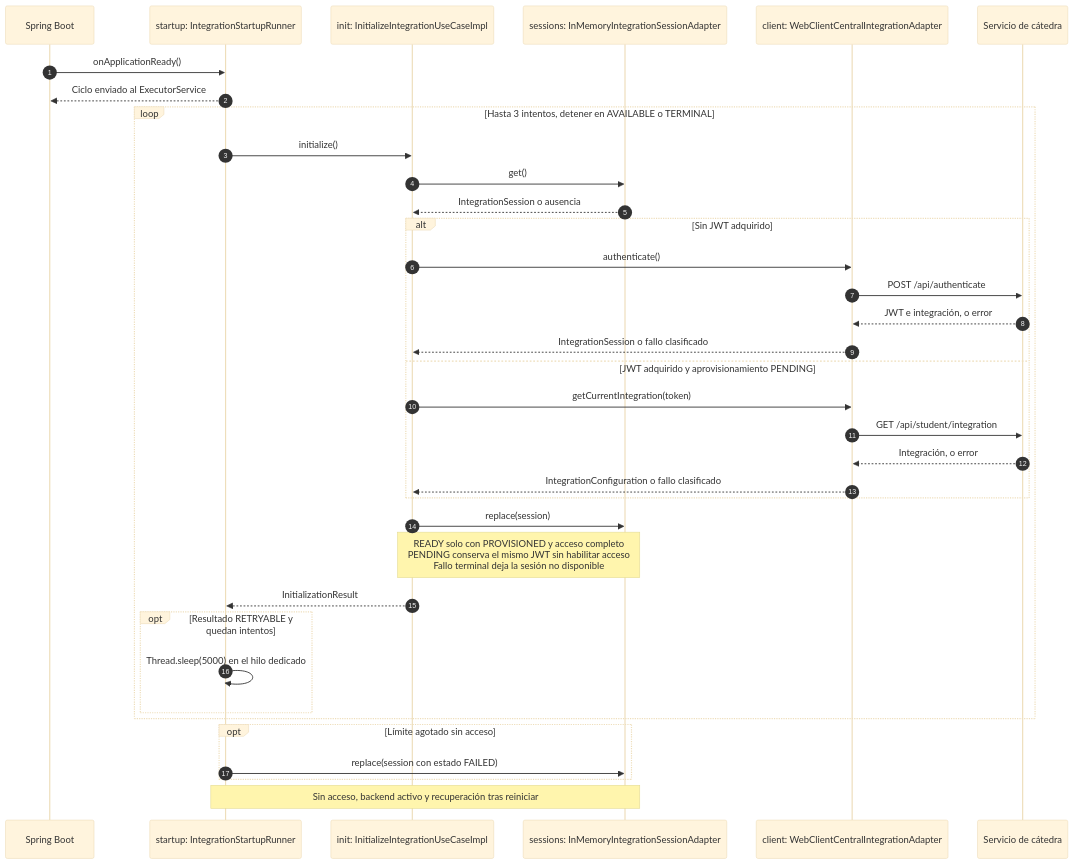
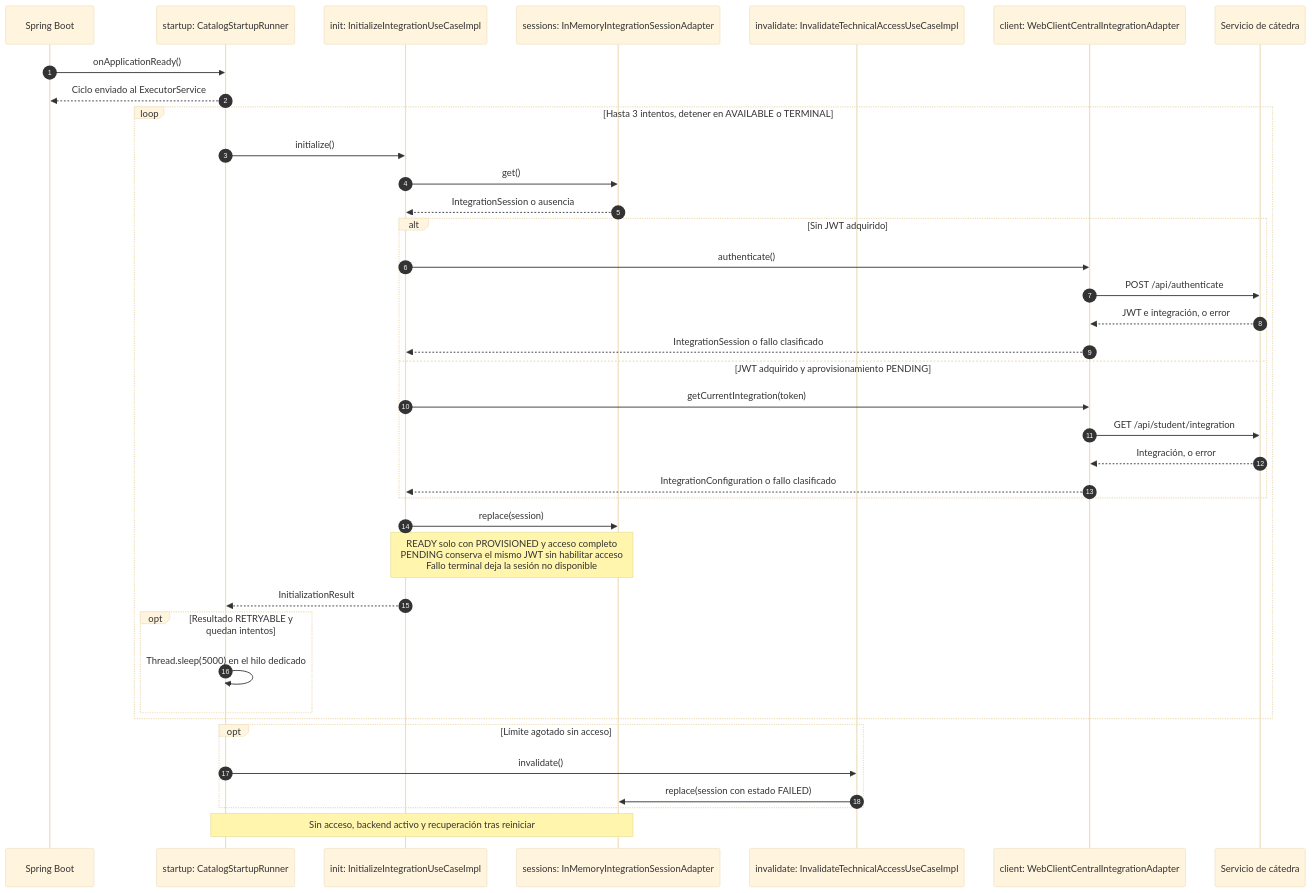
The second of 2 diagrams in docs/features/integracion-tecnica/PLAN.md (prog2-perassiferrara/backend-catalogo), drawn with Mermaid (base theme) before and after one commit. The commit also changed other lines of this file and 54 other files, not shown here.

````diff
--- a/docs/features/integracion-tecnica/PLAN.md
+++ b/docs/features/integracion-tecnica/PLAN.md
@@ -148,39 +161,41 @@
 ```mermaid
 sequenceDiagram
 autonumber
 participant Spring as Spring Boot
-participant Startup as startup: IntegrationStartupRunner
+participant Startup as startup: CatalogStartupRunner
 participant Init as init: InitializeIntegrationUseCaseImpl
 participant Sessions as sessions: InMemoryIntegrationSessionAdapter
+participant Invalidate as invalidate: InvalidateTechnicalAccessUseCaseImpl
 participant Client as client: WebClientCentralIntegrationAdapter
 participant Central as Servicio de cátedra
 
 Spring->>Startup: onApplicationReady()
 Startup-->>Spring: Ciclo enviado al ExecutorService
 loop Hasta 3 intentos, detener en AVAILABLE o TERMINAL
   Startup->>Init: initialize()
   Init->>Sessions: get()
   Sessions-->>Init: IntegrationSession o ausencia
   alt Sin JWT adquirido
     Init->>Client: authenticate()
     Client->>Central: POST /api/authenticate
     Central-->>Client: JWT e integración, o error
     Client-->>Init: IntegrationSession o fallo clasificado
   else JWT adquirido y aprovisionamiento PENDING
     Init->>Client: getCurrentIntegration(token)
     Client->>Central: GET /api/student/integration
     Central-->>Client: Integración, o error
     Client-->>Init: IntegrationConfiguration o fallo clasificado
   end
   Init->>Sessions: replace(session)
   Note over Init,Sessions: READY solo con PROVISIONED y acceso completo<br/>PENDING conserva el mismo JWT sin habilitar acceso<br/>Fallo terminal deja la sesión no disponible
   Init-->>Startup: InitializationResult
   opt Resultado RETRYABLE y quedan intentos
     Startup->>Startup: Thread.sleep(5000) en el hilo dedicado
   end
 end
 opt Límite agotado sin acceso
-  Startup->>Sessions: replace(session con estado FAILED)
+  Startup->>Invalidate: invalidate()
+  Invalidate->>Sessions: replace(session con estado FAILED)
 end
 Note over Startup,Sessions: Sin acceso, backend activo y recuperación tras reiniciar
 ```
````
